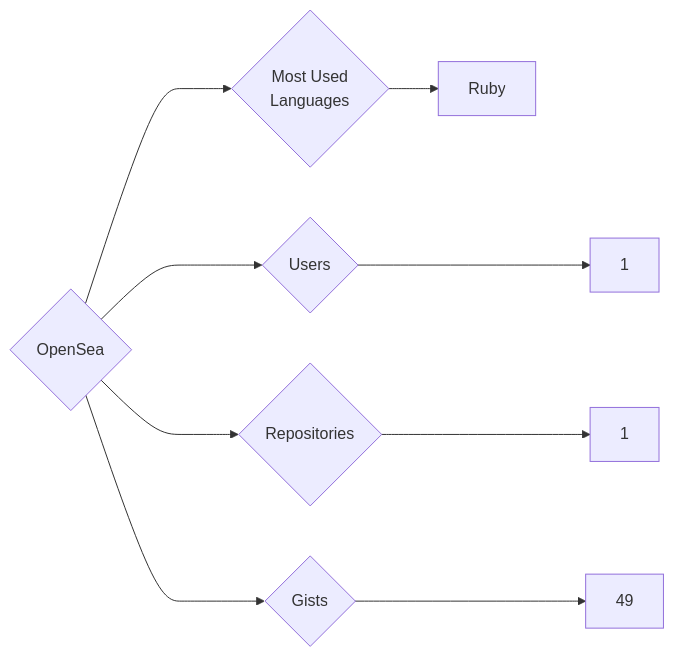
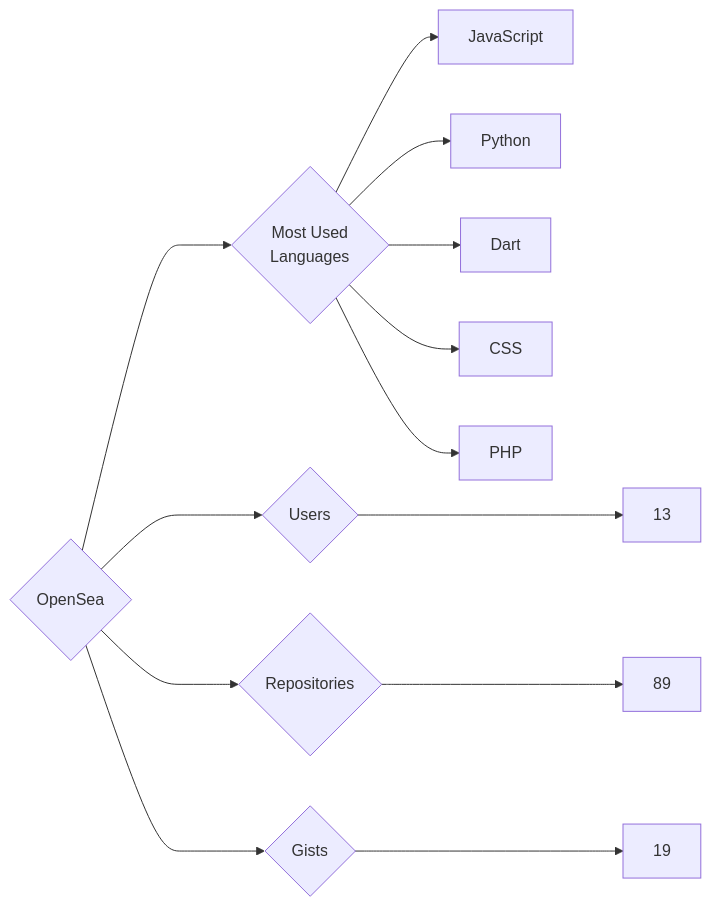
One commit to trickest/insiders changed the diagram in targets/OpenSea/README.md. Above: the diagram before and after it, drawn with Mermaid. The commit also changed 903 other files, not shown here.

````diff
--- a/targets/OpenSea/README.md
+++ b/targets/OpenSea/README.md
@@ -3,9 +3,13 @@
 ```mermaid
 graph LR
 COMPANY_NAME{OpenSea}
-COMPANY_NAME ---> U{Users} ---> UN[1]
-COMPANY_NAME ---> R{Repositories} ---> RN[1]
-COMPANY_NAME ---> G{Gists} ---> GN[49]
+COMPANY_NAME ---> U{Users} ---> UN[13]
+COMPANY_NAME ---> R{Repositories} ---> RN[89]
+COMPANY_NAME ---> G{Gists} ---> GN[19]
 COMPANY_NAME ---> ML{Most Used<br>Languages}
-ML --> Ruby[Ruby]
+ML --> JavaScript[JavaScript]
+ML --> Python[Python]
+ML --> Dart[Dart]
+ML --> CSS[CSS]
+ML --> PHP[PHP]
 ```
````
